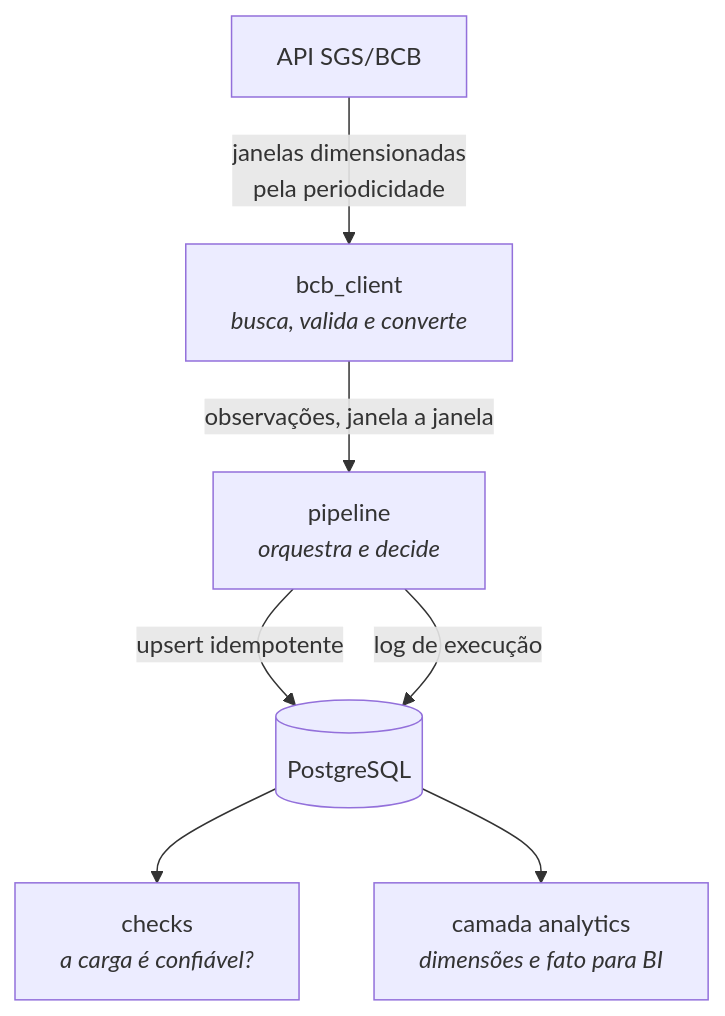
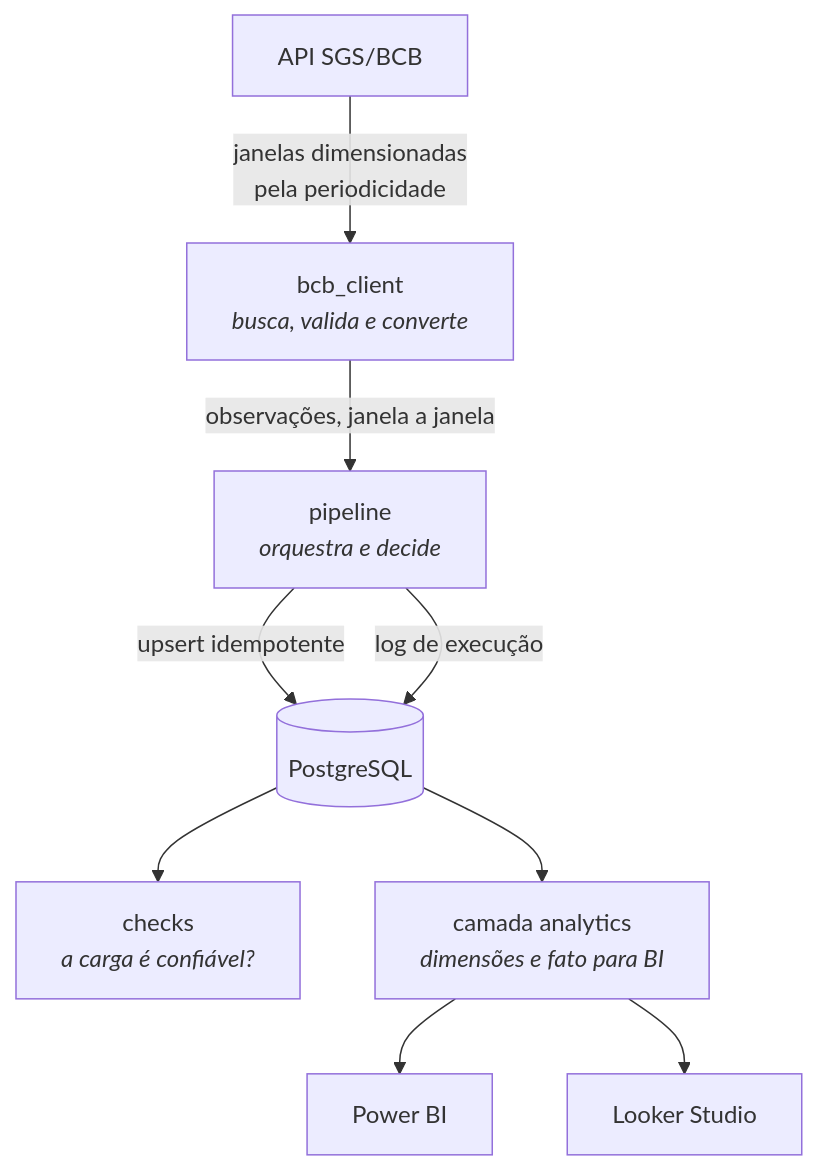
The diagram in README.md (mrmansini/pipeline-indicadores-bcb), drawn with Mermaid before and after one commit. The commit also changed other lines of this file and 6 other files, not shown here.

````diff
--- a/README.md
+++ b/README.md
@@ -17,9 +19,11 @@
 ```mermaid
 flowchart TD
     A["API SGS/BCB"] -->|"janelas dimensionadas<br/>pela periodicidade"| B["bcb_client<br/><i>busca, valida e converte</i>"]
     B -->|"observações, janela a janela"| C["pipeline<br/><i>orquestra e decide</i>"]
     C -->|"upsert idempotente"| D[("PostgreSQL")]
     C -->|"log de execução"| D
     D --> E["checks<br/><i>a carga é confiável?</i>"]
     D --> F["camada analytics<br/><i>dimensões e fato para BI</i>"]
+    F --> G["Power BI"]
+    F --> H["Looker Studio"]
 ```
````
